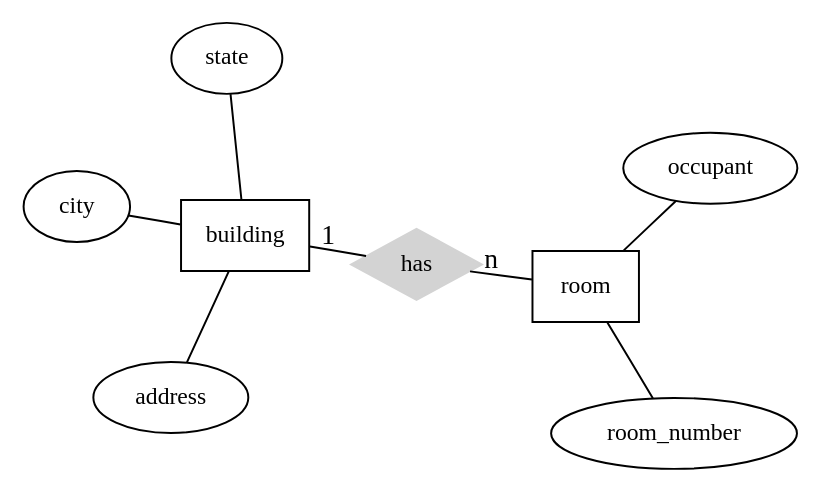
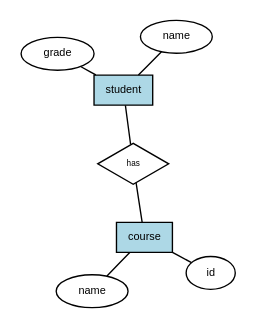
Before and after one commit to lowkeylabs/cmsc408-course-admin: the third of 5 diagrams in guide/er-models/intro-to-er-models.qmd, drawn with Graphviz. The commit also changed other lines of this file and 164 other files, not shown here.

````diff
--- a/guide/er-models/intro-to-er-models.qmd
+++ b/guide/er-models/intro-to-er-models.qmd
@@ -340,22 +336,35 @@
 ```{dot}
-//| echo: false
-//| eval: true
-//| fig-width: 500px
-//| fig-height: 240px
-graph {
-	layout=neato;
-  scale=1.1;
-	node [shape=box,fontsize=12]; building; room;
-	node [shape=ellipse,fontsize=12]; address, city, state, occupant, room_number
-	node [shape=diamond,fontsize=12,style=filled,color=lightgrey]; has
-	
-	building -- has [label="1",len=1.00]
-	has -- room [label="n",len=1.00]
-	
-	building -- address
-	building -- city
-	building -- state
-  room -- room_number
-	room -- occupant
+//| echo: true
+//| eval: false
+graph ER {
+    fontname="Helvetica,Arial,sans-serif"
+    fontsize=8;  // Reduced font size for the entire graph
+    node [fontname="Helvetica,Arial,sans-serif", fontsize=8, width=0.5, height=0.3, style=filled, fillcolor=white] // Default: smaller font size, reduced node size, shaded
+    edge [fontname="Helvetica,Arial,sans-serif", fontsize=8] // Reduced font size for edges
+    layout=neato
+    nodesep=2.0;  // Increased separation between nodes on the same level
+    ranksep=1.5;  // Increased separation between nodes on different levels
+    size="6,6";   // Specify desired size in inches
+    ratio=compress; // Allow Graphviz to compress the layout to fit the size
+    dpi=60;  // Set DPI for higher resolution output
+    center=false;
+    
+    node [shape=box,style=filled,color=black,fillcolor=lightblue]; course; student;
+
+    node [shape=ellipse,style=filled,color=black,fillcolor=white]; {node [label="name"] name0; name2;}
+    id; grade;
+
+    // Define the "S-C" node with smaller size, white fill color, black border, and label "has"
+    node [shape=diamond, style=filled, color=black, fillcolor=white width=0.3, height=0.2, fontsize=6, label="has"]; 
+    "S-C"
+
+    { rank=same; course; student; } // Place course and student on the same rank
+
+    name0 -- course [len=0.7];  // Set edge length between name0 and course
+    id -- course [len=0.7];     // Set edge length between id and course
+    student -- grade [len=0.7]; // Set edge length between student and grade
+    student -- name2 [len=0.7]; // Set edge length between student and name2
+    student -- "S-C" [len=0.7]; // Set edge length between student and S-C
+    "S-C" -- course [len=0.7];  // Set edge length between S-C and course
 }
 ```
````
